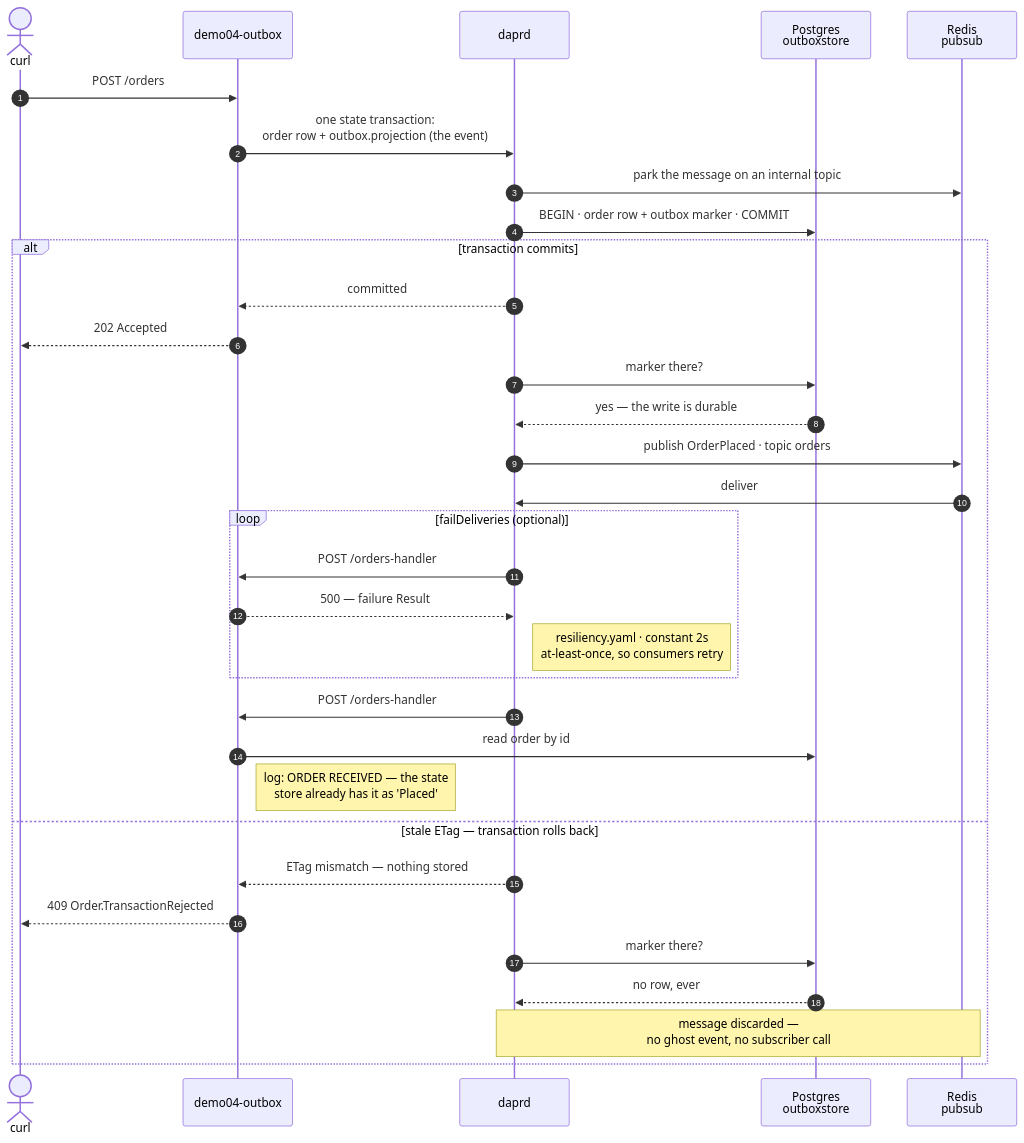
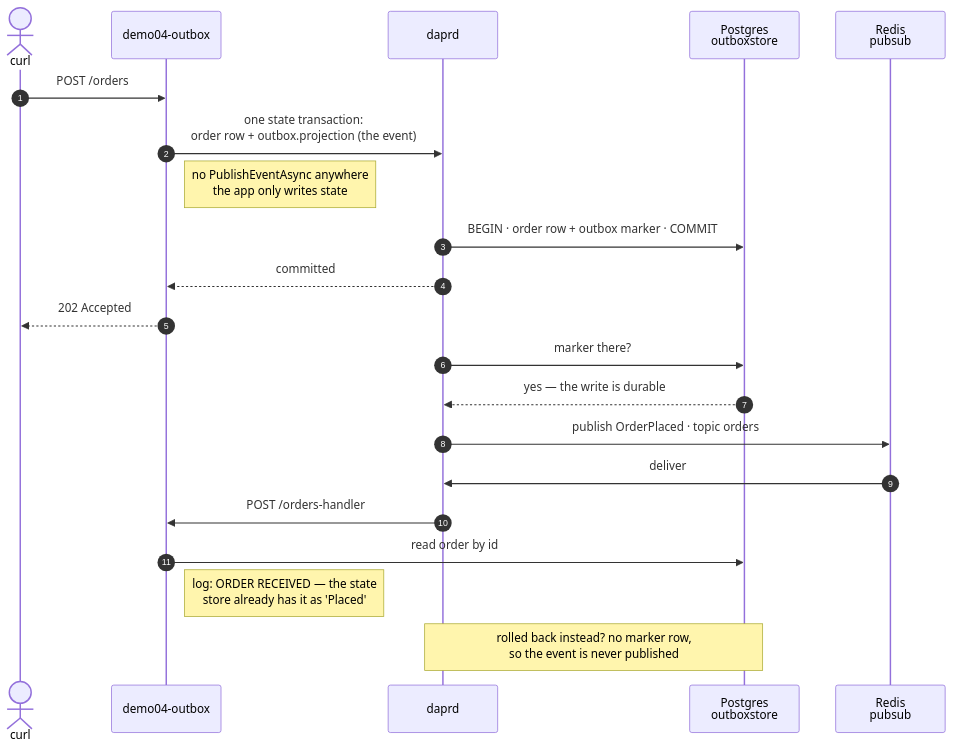
The fifth of 5 diagrams in docs/diagrams.md (LRozeboom/DaprDemo), drawn with Mermaid before and after one commit. The commit also changed other lines of this file and 16 other files, not shown here.

````diff
--- a/docs/diagrams.md
+++ b/docs/diagrams.md
@@ -149,37 +149,24 @@
 ```mermaid
 sequenceDiagram
     autonumber
     actor C as curl
     participant A as demo04-outbox
     participant D as daprd
     participant P as Postgres<br/>outboxstore
     participant R as Redis<br/>pubsub
 
     C->>A: POST /orders
     A->>D: one state transaction:<br/>order row + outbox.projection (the event)
-    D->>R: park the message on an internal topic
+    Note right of A: no PublishEventAsync anywhere<br/>the app only writes state
     D->>P: BEGIN · order row + outbox marker · COMMIT
-
-    alt transaction commits
-        D-->>A: committed
-        A-->>C: 202 Accepted
-        D->>P: marker there?
-        P-->>D: yes — the write is durable
-        D->>R: publish OrderPlaced · topic orders
-        R->>D: deliver
-        loop failDeliveries (optional)
-            D->>A: POST /orders-handler
-            A-->>D: 500 — failure Result
-            Note right of D: resiliency.yaml · constant 2s<br/>at-least-once, so consumers retry
-        end
-        D->>A: POST /orders-handler
-        A->>P: read order by id
-        Note right of A: log: ORDER RECEIVED — the state<br/>store already has it as 'Placed'
-    else stale ETag — transaction rolls back
-        D-->>A: ETag mismatch — nothing stored
-        A-->>C: 409 Order.TransactionRejected
-        D->>P: marker there?
-        P-->>D: no row, ever
-        Note over D,R: message discarded —<br/>no ghost event, no subscriber call
-    end
+    D-->>A: committed
+    A-->>C: 202 Accepted
+    D->>P: marker there?
+    P-->>D: yes — the write is durable
+    D->>R: publish OrderPlaced · topic orders
+    R->>D: deliver
+    D->>A: POST /orders-handler
+    A->>P: read order by id
+    Note right of A: log: ORDER RECEIVED — the state<br/>store already has it as 'Placed'
+    Note over D,P: rolled back instead? no marker row,<br/>so the event is never published
 ```
````
